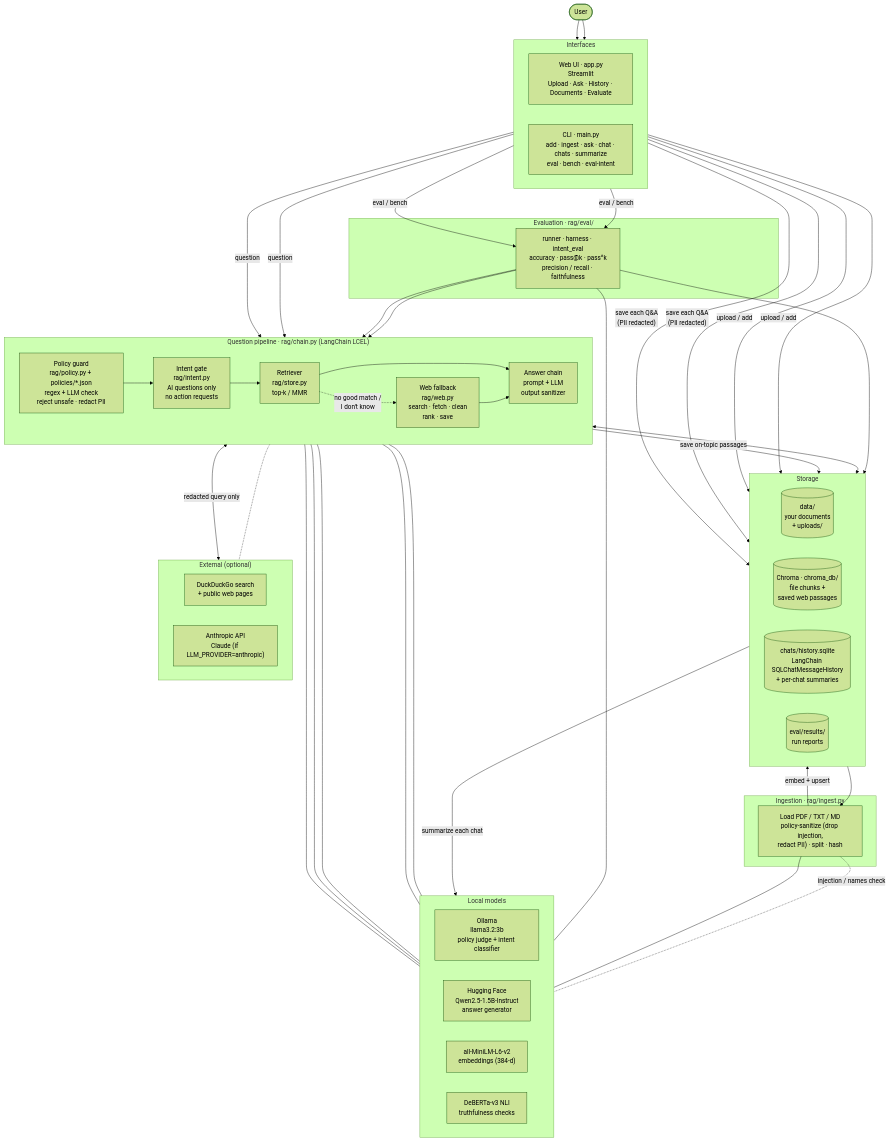
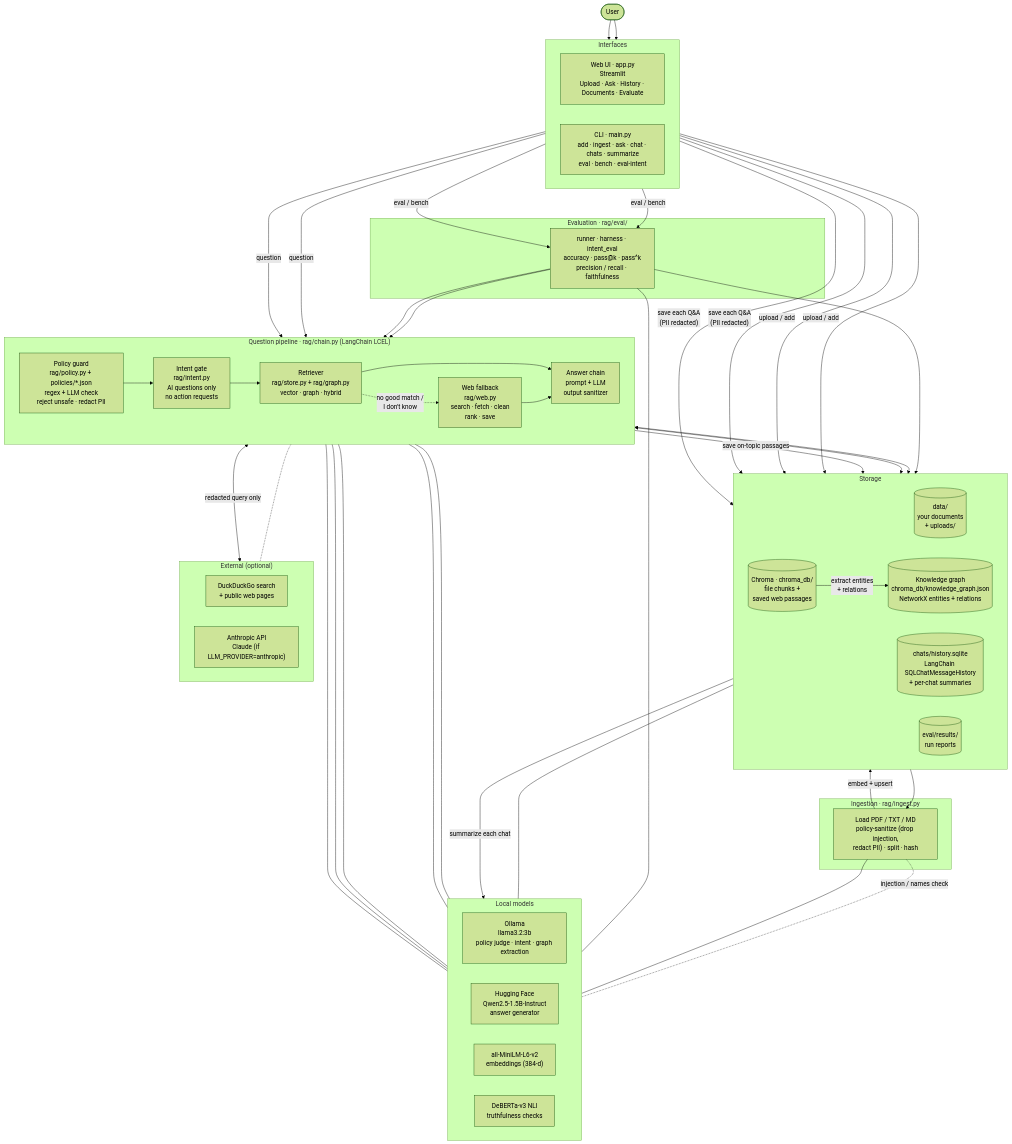
The first of 3 diagrams in README.md (radhika-singh-10/LuminusRAG), drawn with Mermaid (forest theme) before and after one commit. The commit also changed other lines of this file and 12 other files, not shown here.

````diff
--- a/README.md
+++ b/README.md
@@ -16,72 +18,76 @@
 ```mermaid
 flowchart TB
     USER(["User"])
 
     subgraph IFACE["Interfaces"]
         direction LR
         WEB_UI["Web UI · app.py<br/>Streamlit<br/>Upload · Ask · History · Documents · Evaluate"]
         CLI["CLI · main.py<br/>add · ingest · ask · chat · chats · summarize<br/>eval · bench · eval-intent"]
     end
 
     subgraph PIPE["Question pipeline · rag/chain.py (LangChain LCEL)"]
         direction LR
         SAFETY["Policy guard<br/>rag/policy.py + policies/*.json<br/>regex + LLM check<br/>reject unsafe · redact PII"]
         INTENT["Intent gate<br/>rag/intent.py<br/>AI questions only<br/>no action requests"]
-        RETR["Retriever<br/>rag/store.py<br/>top-k / MMR"]
+        RETR["Retriever<br/>rag/store.py + rag/graph.py<br/>vector · graph · hybrid"]
         GEN["Answer chain<br/>prompt + LLM<br/>output sanitizer"]
         WEBF["Web fallback<br/>rag/web.py<br/>search · fetch · clean<br/>rank · save"]
         SAFETY --> INTENT --> RETR --> GEN
         RETR -. "no good match /<br/>I don't know" .-> WEBF
         WEBF --> GEN
     end
 
     subgraph INGEST["Ingestion · rag/ingest.py"]
         LOADER["Load PDF / TXT / MD<br/>policy-sanitize (drop injection,<br/>redact PII) · split · hash"]
     end
 
     subgraph MODELS["Local models"]
         direction LR
-        OLLAMA["Ollama<br/>llama3.2:3b<br/>policy judge + intent classifier"]
+        OLLAMA["Ollama<br/>llama3.2:3b<br/>policy judge · intent · graph extraction"]
         QWEN["Hugging Face<br/>Qwen2.5-1.5B-Instruct<br/>answer generator"]
         MINILM["all-MiniLM-L6-v2<br/>embeddings (384-d)"]
         NLI["DeBERTa-v3 NLI<br/>truthfulness checks"]
     end
 
     subgraph STORAGE["Storage"]
         direction LR
         FILES[("data/<br/>your documents<br/>+ uploads/")]
         CHROMA[("Chroma · chroma_db/<br/>file chunks +<br/>saved web passages")]
+        KG[("Knowledge graph<br/>chroma_db/knowledge_graph.json<br/>NetworkX entities + relations")]
         HISTDB[("chats/history.sqlite<br/>LangChain SQLChatMessageHistory<br/>+ per-chat summaries")]
         RESULTS[("eval/results/<br/>run reports")]
     end
 
     subgraph EXT["External (optional)"]
         direction LR
         DDG["DuckDuckGo search<br/>+ public web pages"]
         CLAUDE["Anthropic API<br/>Claude (if LLM_PROVIDER=anthropic)"]
     end
 
     subgraph EVAL["Evaluation · rag/eval/"]
         HARNESS["runner · harness · intent_eval<br/>accuracy · pass@k · pass^k<br/>precision / recall · faithfulness"]
     end
 
     USER --> WEB_UI & CLI
     WEB_UI & CLI -- "question" --> SAFETY
     WEB_UI & CLI -- "upload / add" --> FILES
     FILES --> LOADER -- "embed + upsert" --> CHROMA
     INTENT --- OLLAMA
     SAFETY --- OLLAMA
     LOADER -. "injection / names check" .- OLLAMA
     RETR <--> CHROMA
+    RETR <--> KG
+    CHROMA -- "extract entities<br/>+ relations" --> KG
+    KG --- OLLAMA
     GEN --- QWEN
     GEN -.- CLAUDE
     LOADER & RETR & WEBF --- MINILM
     WEBF <-->|"redacted query only"| DDG
     WEBF -- "save on-topic passages" --> CHROMA
     WEB_UI & CLI -- "save each Q&A<br/>(PII redacted)" --> HISTDB
     HISTDB -- "summarize each chat" --> QWEN
     WEB_UI & CLI -- "eval / bench" --> HARNESS
     HARNESS --> RETR & GEN
     HARNESS --- NLI
     HARNESS --> RESULTS
 ```
````
